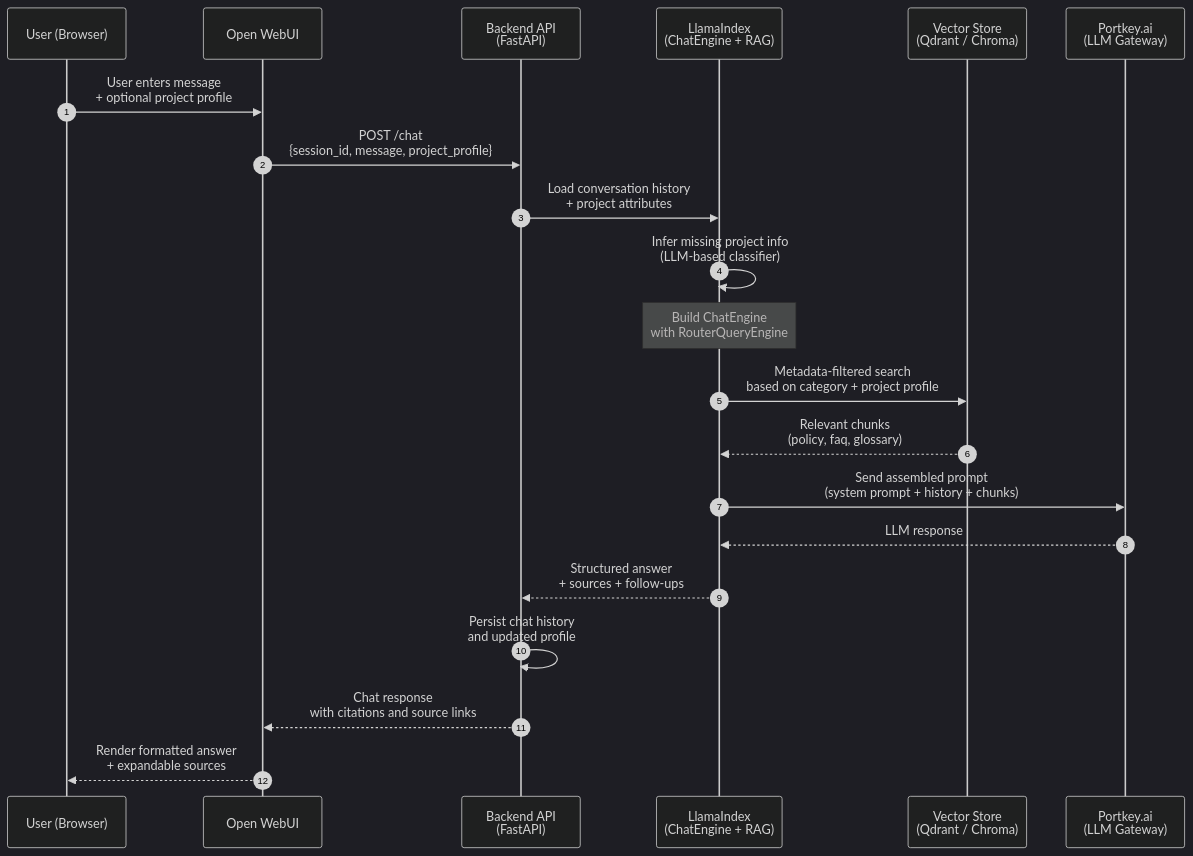
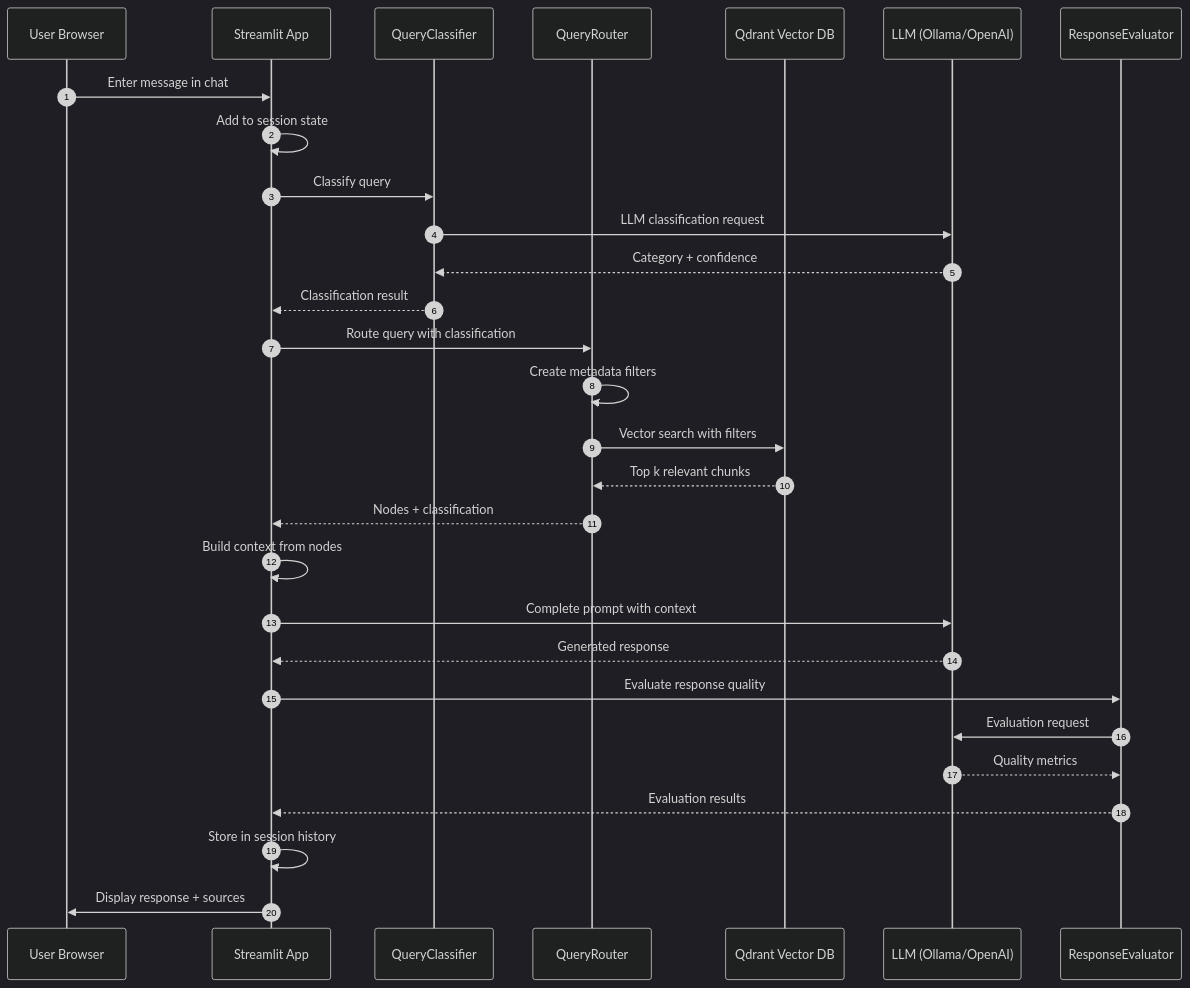
One commit to jonkiky/chatbot changed the third of 3 diagrams in System-Design-AI-Chatbot-App.md. Above: the diagram before and after it, drawn with Mermaid (dark theme). The commit also changed other lines of this file and 2 other files, not shown here.

````diff
--- a/System-Design-AI-Chatbot-App.md
+++ b/System-Design-AI-Chatbot-App.md
@@ -347,31 +466,38 @@
 ```mermaid
 sequenceDiagram
     autonumber
 
-    participant U as User (Browser)
-    participant W as Open WebUI
-    participant B as Backend API<br/>(FastAPI)
-    participant L as LlamaIndex<br/>(ChatEngine + RAG)
-    participant V as Vector Store<br/>(Qdrant / Chroma)
-    participant P as Portkey.ai<br/>(LLM Gateway)
+    participant U as User Browser
+    participant S as Streamlit App
+    participant C as QueryClassifier
+    participant R as QueryRouter
+    participant V as Qdrant Vector DB
+    participant L as LLM (Ollama/OpenAI)
+    participant E as ResponseEvaluator
 
-    U->>W: User enters message<br/>+ optional project profile
-    W->>B: POST /chat<br/>{session_id, message, project_profile}
-
-    B->>L: Load conversation history<br/>+ project attributes
-    L->>L: Infer missing project info<br/>(LLM-based classifier)
-
-    Note over L: Build ChatEngine<br/>with RouterQueryEngine
-
-    L->>V: Metadata-filtered search<br/>based on category + project profile
-    V-->>L: Relevant chunks<br/>(policy, faq, glossary)
-
-    L->>P: Send assembled prompt<br/>(system prompt + history + chunks)
-    P-->>L: LLM response
-
-    L-->>B: Structured answer<br/>+ sources + follow-ups
-    B->>B: Persist chat history<br/>and updated profile
-
-    B-->>W: Chat response<br/>with citations and source links
-    W-->>U: Render formatted answer<br/>+ expandable sources
+    U->>S: Enter message in chat
+    S->>S: Add to session state
+    
+    S->>C: Classify query
+    C->>L: LLM classification request
+    L-->>C: Category + confidence
+    C-->>S: Classification result
+    
+    S->>R: Route query with classification
+    R->>R: Create metadata filters
+    R->>V: Vector search with filters
+    V-->>R: Top k relevant chunks
+    R-->>S: Nodes + classification
+    
+    S->>S: Build context from nodes
+    S->>L: Complete prompt with context
+    L-->>S: Generated response
+    
+    S->>E: Evaluate response quality
+    E->>L: Evaluation request
+    L-->>E: Quality metrics
+    E-->>S: Evaluation results
+    
+    S->>S: Store in session history
+    S->>U: Display response + sources
 ```
````
